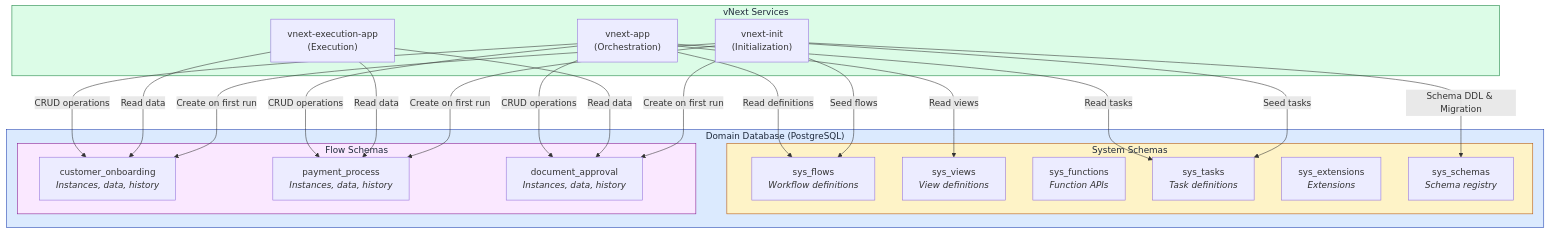
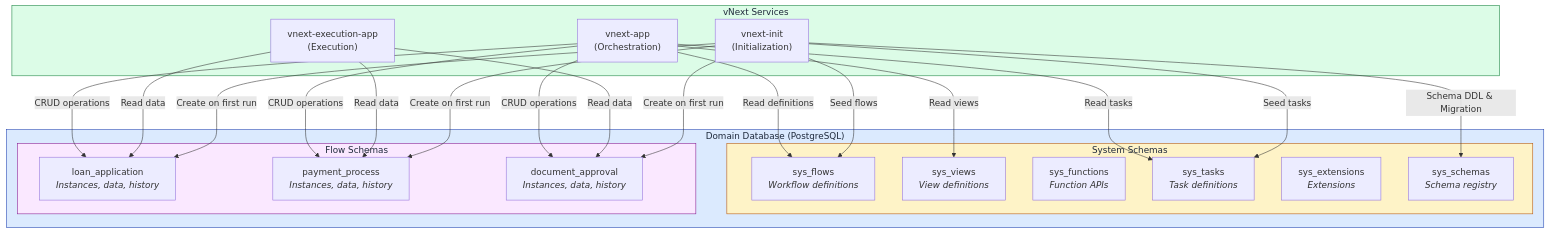
The seventh of 7 diagrams in architecture/data/database.md (burgan-tech/vnext-docs), drawn with Mermaid before and after one commit. The commit also changed other lines of this file and 21 other files, not shown here.

````diff
--- a/architecture/data/database.md
+++ b/architecture/data/database.md
@@ -188,48 +188,48 @@
 ```mermaid
 graph TB
     subgraph services["vNext Services"]
         orchestration["vnext-app<br/>(Orchestration)"]
         execution["vnext-execution-app<br/>(Execution)"]
         init["vnext-init<br/>(Initialization)"]
     end
     
     subgraph database["Domain Database (PostgreSQL)"]
         subgraph system["System Schemas"]
             sys_flows["sys_flows<br/><i>Workflow definitions</i>"]
             sys_views["sys_views<br/><i>View definitions</i>"]
             sys_functions["sys_functions<br/><i>Function APIs</i>"]
             sys_tasks["sys_tasks<br/><i>Task definitions</i>"]
             sys_extensions["sys_extensions<br/><i>Extensions</i>"]
             sys_schemas["sys_schemas<br/><i>Schema registry</i>"]
         end
         
         subgraph flows["Flow Schemas"]
-            flow1["customer_onboarding<br/><i>Instances, data, history</i>"]
+            flow1["loan_application<br/><i>Instances, data, history</i>"]
             flow2["payment_process<br/><i>Instances, data, history</i>"]
             flow3["document_approval<br/><i>Instances, data, history</i>"]
         end
     end
     
     orchestration -->|Read definitions| sys_flows
     orchestration -->|Read views| sys_views
     orchestration -->|Read tasks| sys_tasks
     orchestration -->|CRUD operations| flow1
     orchestration -->|CRUD operations| flow2
     orchestration -->|CRUD operations| flow3
     
     execution -->|Read data| flow1
     execution -->|Read data| flow2
     execution -->|Read data| flow3
     
     init -->|Schema DDL & Migration| sys_schemas
     init -->|Seed flows| sys_flows
     init -->|Seed tasks| sys_tasks
     init -->|Create on first run| flow1
     init -->|Create on first run| flow2
     init -->|Create on first run| flow3
     
     style database fill:#dbeafe,stroke:#1e40af,color:#1e293b
     style system fill:#fef3c7,stroke:#b45309,color:#1e293b
     style flows fill:#fae8ff,stroke:#86198f,color:#1e293b
     style services fill:#dcfce7,stroke:#15803d,color:#1e293b
 ```
````
